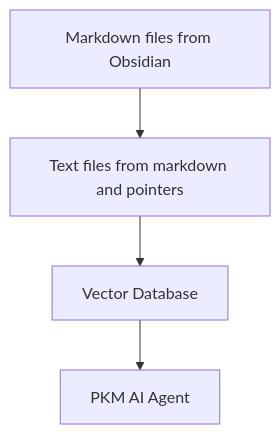
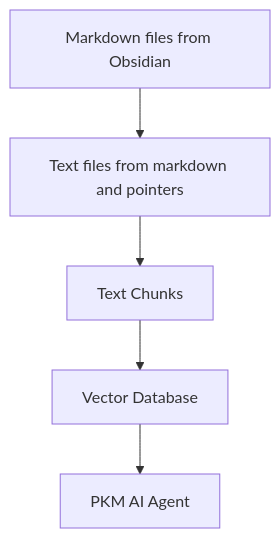
One commit to flepied/second-brain-agent changed the diagram in README.md. Above: the diagram before and after it, drawn with Mermaid. The commit also changed 5 other files, not shown here.

````diff
--- a/README.md
+++ b/README.md
@@ -5,4 +5,4 @@
 ```mermaid
 graph TD
-A[Markdown files from Obsidian]-->B[Text files from markdown and pointers]-->C[Vector Database]-->D[PKM AI Agent]
+A[Markdown files from Obsidian]-->B[Text files from markdown and pointers]-->C[Text Chunks]-->D[Vector Database]-->E[PKM AI Agent]
 ```
````
